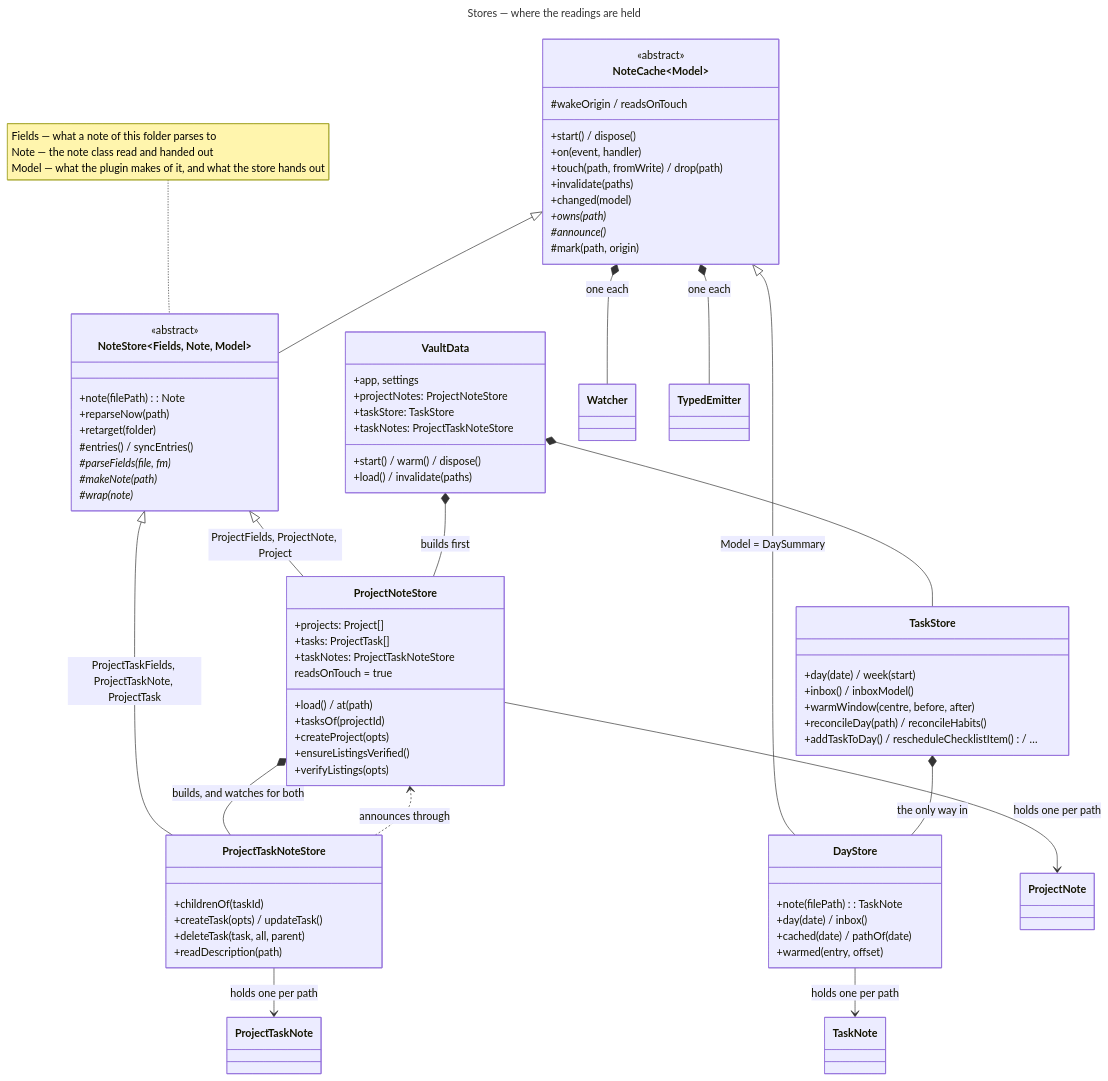
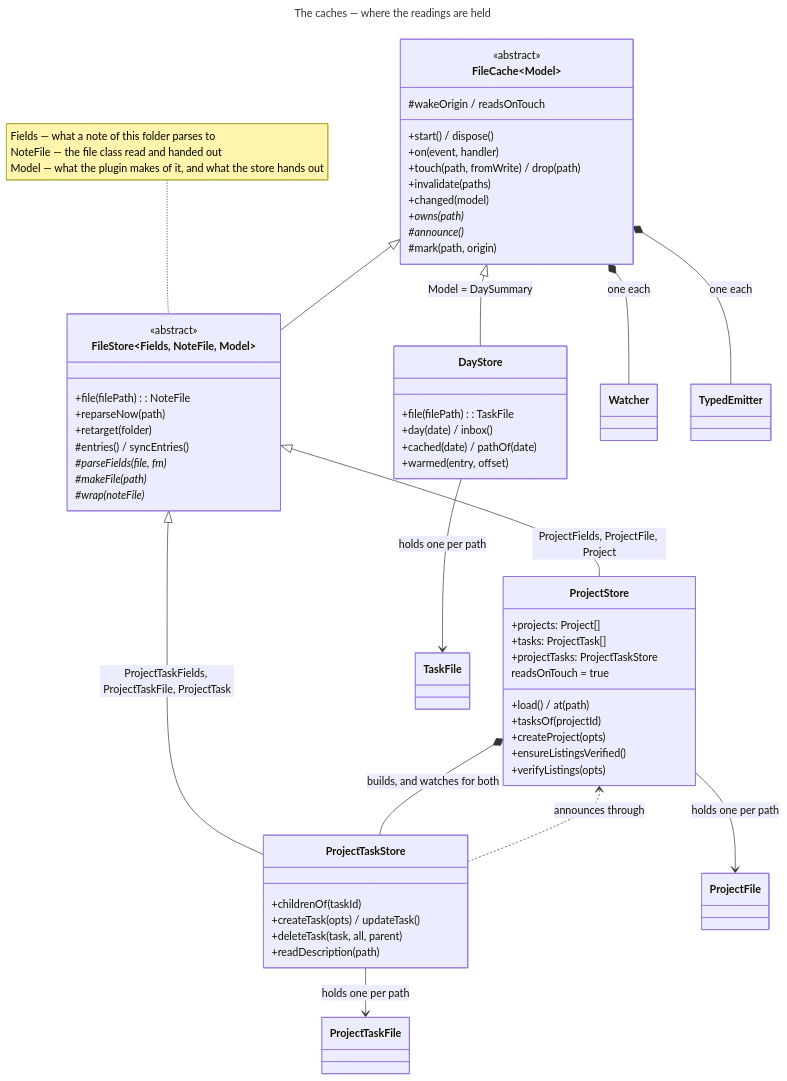
The diagram in docs/technical/diagrams/stores.mmd (Laurent-Ferier/pm-compass), drawn with Mermaid before and after one commit. The commit also changed 85 other files, not shown here.

```diff
--- a/docs/technical/diagrams/stores.mmd
+++ b/docs/technical/diagrams/stores.mmd
@@ -1,90 +1,70 @@
 ---
-title: Stores — where the readings are held
+title: The caches — where the readings are held
 ---
 classDiagram
   direction TB
 
-  class VaultData {
-    +app, settings
-    +projectNotes: ProjectNoteStore
-    +taskStore: TaskStore
-    +taskNotes: ProjectTaskNoteStore
-    +start() / warm() / dispose()
-    +load() / invalidate(paths)
-  }
-
-  class NoteCache~Model~ {
+  class FileCache~Model~ {
     <<abstract>>
     +start() / dispose()
     +on(event, handler)
     +touch(path, fromWrite) / drop(path)
     +invalidate(paths)
     +changed(model)
     +owns(path)*
     #announce()*
     #mark(path, origin)
     #wakeOrigin / readsOnTouch
   }
 
-  class NoteStore~Fields, Note, Model~ {
+  class FileStore~Fields, NoteFile, Model~ {
     <<abstract>>
-    +note(filePath): Note
+    +file(filePath): NoteFile
     +reparseNow(path)
     +retarget(folder)
     #entries() / syncEntries()
     #parseFields(file, fm)*
-    #makeNote(path)*
-    #wrap(note)*
+    #makeFile(path)*
+    #wrap(noteFile)*
   }
 
-  class ProjectNoteStore {
+  class ProjectStore {
     +projects: Project[]
     +tasks: ProjectTask[]
-    +taskNotes: ProjectTaskNoteStore
+    +projectTasks: ProjectTaskStore
     +load() / at(path)
     +tasksOf(projectId)
     +createProject(opts)
     +ensureListingsVerified()
     +verifyListings(opts)
     readsOnTouch = true
   }
 
-  class ProjectTaskNoteStore {
+  class ProjectTaskStore {
     +childrenOf(taskId)
     +createTask(opts) / updateTask()
     +deleteTask(task, all, parent)
     +readDescription(path)
   }
 
   class DayStore {
-    +note(filePath): TaskNote
+    +file(filePath): TaskFile
     +day(date) / inbox()
     +cached(date) / pathOf(date)
     +warmed(entry, offset)
   }
 
-  class TaskStore {
-    +day(date) / week(start)
-    +inbox() / inboxModel()
-    +warmWindow(centre, before, after)
-    +reconcileDay(path) / reconcileHabits()
-    +addTaskToDay() / rescheduleChecklistItem() / …
-  }
+  note for FileStore "Fields — what a note of this folder parses to<br/>NoteFile — the file class read and handed out<br/>Model — what the plugin makes of it, and what the store hands out"
 
-  note for NoteStore "Fields — what a note of this folder parses to<br/>Note — the note class read and handed out<br/>Model — what the plugin makes of it, and what the store hands out"
+  FileCache <|-- FileStore
+  FileCache <|-- DayStore : Model = DaySummary
+  FileStore <|-- ProjectStore : ProjectFields, ProjectFile, Project
+  FileStore <|-- ProjectTaskStore : ProjectTaskFields, ProjectTaskFile, ProjectTask
 
-  NoteCache <|-- NoteStore
-  NoteCache <|-- DayStore : Model = DaySummary
-  NoteStore <|-- ProjectNoteStore : ProjectFields, ProjectNote, Project
-  NoteStore <|-- ProjectTaskNoteStore : ProjectTaskFields, ProjectTaskNote, ProjectTask
-
-  VaultData *-- ProjectNoteStore : builds first
-  VaultData *-- TaskStore
-  ProjectNoteStore *-- ProjectTaskNoteStore : builds, and watches for both
-  TaskStore *-- DayStore : the only way in
-  NoteCache *-- Watcher : one each
-  NoteCache *-- TypedEmitter : one each
-  ProjectNoteStore --> ProjectNote : holds one per path
-  ProjectTaskNoteStore --> ProjectTaskNote : holds one per path
-  DayStore --> TaskNote : holds one per path
-  ProjectTaskNoteStore ..> ProjectNoteStore : announces through
+  ProjectStore *-- ProjectTaskStore : builds, and watches for both
+  FileCache *-- Watcher : one each
+  FileCache *-- TypedEmitter : one each
+  ProjectStore --> ProjectFile : holds one per path
+  ProjectTaskStore --> ProjectTaskFile : holds one per path
+  DayStore --> TaskFile : holds one per path
+  ProjectTaskStore ..> ProjectStore : announces through
```
